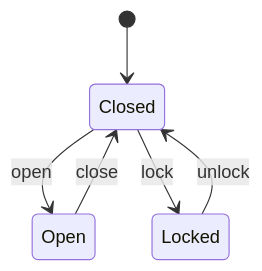
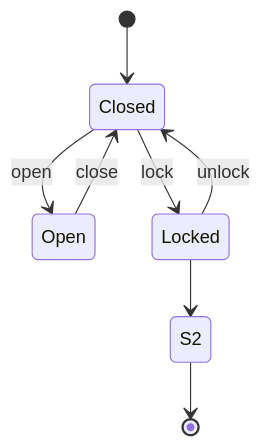
Before and after one commit to wr1/treedit: the diagram in examples/door-design.md, drawn with Mermaid. The commit also changed other lines of this file and 4 other files, not shown here.

````diff
--- a/examples/door-design.md
+++ b/examples/door-design.md
@@ -8,9 +8,12 @@
 ```mermaid
 stateDiagram-v2
     %% the door's life cycle
     [*] --> Closed
     Closed --> Open : open
     Open --> Closed : close
     Closed --> Locked : lock
     Locked --> Closed : unlock
+    S2
+    Locked --> S2
+    S2 --> [*]
 ```
````
